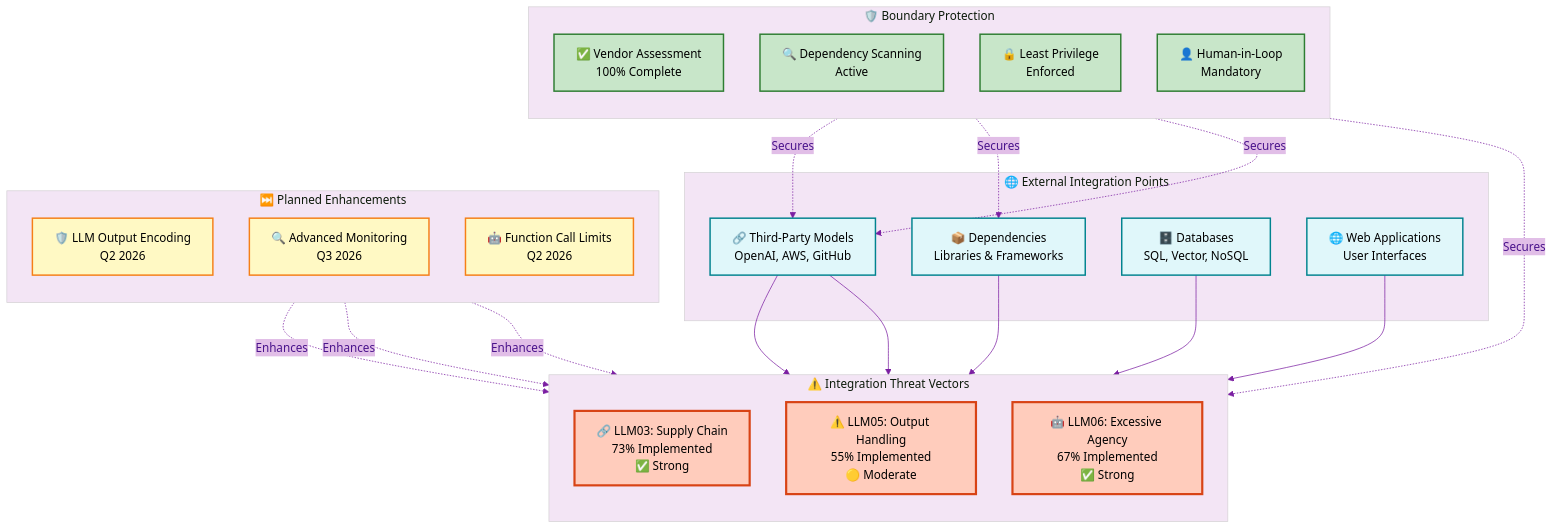
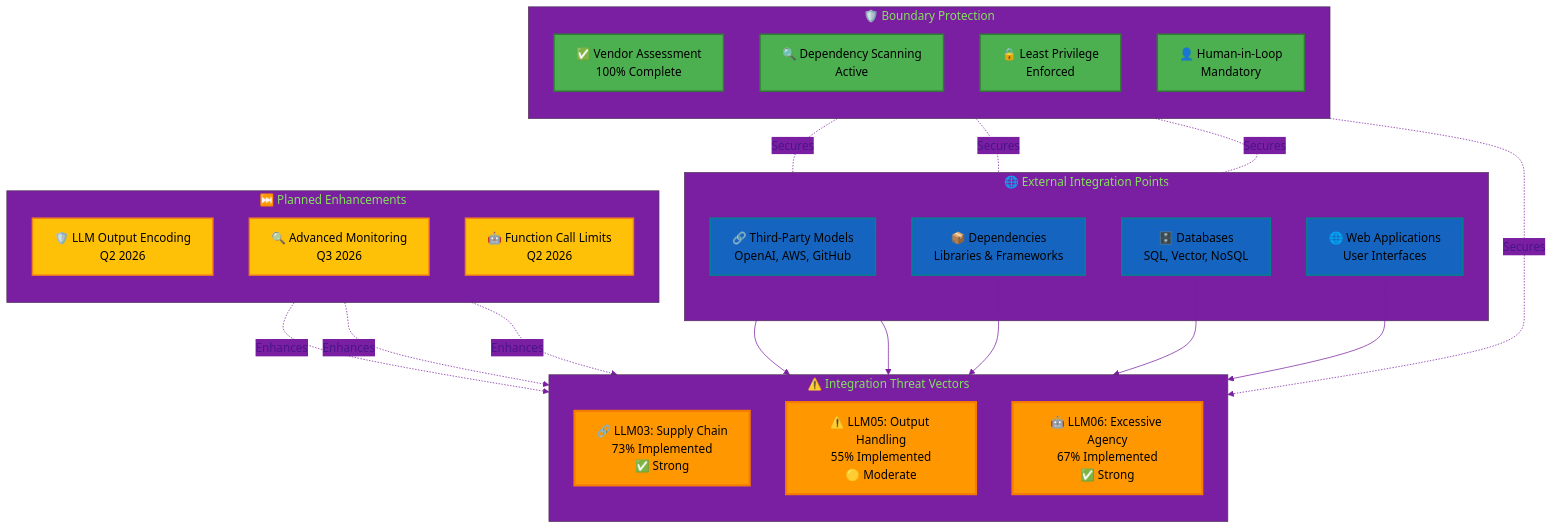
Before and after one commit to Hack23/ISMS-PUBLIC: the ninth of 15 diagrams in OWASP_LLM_Security_Policy.md, drawn with Mermaid. The commit also changed other lines of this file and 35 other files, not shown here.

````diff
--- a/OWASP_LLM_Security_Policy.md
+++ b/OWASP_LLM_Security_Policy.md
@@ -869,68 +869,68 @@
 ```mermaid
 %%{
   init: {
     'theme': 'base',
     'themeVariables': {
-      'primaryColor': '#f3e5f5',
+      'primaryColor': '#7B1FA2',
       'primaryTextColor': '#4a148c',
       'lineColor': '#7b1fa2',
-      'secondaryColor': '#e1bee7',
-      'tertiaryColor': '#f3e5f5'
+      'secondaryColor': '#7B1FA2',
+      'tertiaryColor': '#7B1FA2'
     }
   }
 }%%
 graph TD
     subgraph EXTERNAL["🌐 External Integration Points"]
         E1[🔗 Third-Party Models<br/>OpenAI, AWS, GitHub]
         E2[📦 Dependencies<br/>Libraries & Frameworks]
         E3[🗄️ Databases<br/>SQL, Vector, NoSQL]
         E4[🌐 Web Applications<br/>User Interfaces]
     end
     
     subgraph THREATS["⚠️ Integration Threat Vectors"]
         direction TB
         T1[🔗 LLM03: Supply Chain<br/>73% Implemented<br/>✅ Strong]
         T2[⚠️ LLM05: Output Handling<br/>55% Implemented<br/>🟡 Moderate]
         T3[🤖 LLM06: Excessive Agency<br/>67% Implemented<br/>✅ Strong]
     end
     
     subgraph BOUNDARIES["🛡️ Boundary Protection"]
         direction TB
         B1[✅ Vendor Assessment<br/>100% Complete]
         B2[🔍 Dependency Scanning<br/>Active]
         B3[🔒 Least Privilege<br/>Enforced]
         B4[👤 Human-in-Loop<br/>Mandatory]
     end
     
     subgraph GAPS["⏭️ Planned Enhancements"]
         direction TB
         G1[🛡️ LLM Output Encoding<br/>Q2 2026]
         G2[🔍 Advanced Monitoring<br/>Q3 2026]
         G3[🤖 Function Call Limits<br/>Q2 2026]
     end
     
     E1 --> T1
     E2 --> T1
     E3 --> T2
     E4 --> T2
     E1 --> T3
     
     B1 -.Secures.-> E1
     B2 -.Secures.-> E2
     B3 -.Secures.-> E1
     B4 -.Secures.-> T3
     
     G1 -.Enhances.-> T2
     G2 -.Enhances.-> T1
     G3 -.Enhances.-> T3
     
-    classDef external fill:#e0f7fa,stroke:#00838f,stroke-width:2px,color:#000000
-    classDef threats fill:#ffccbc,stroke:#d84315,stroke-width:3px,color:#000000
-    classDef boundaries fill:#c8e6c9,stroke:#2e7d32,stroke-width:2px,color:#000000
-    classDef gaps fill:#fff9c4,stroke:#f57f17,stroke-width:2px,color:#000000
+    classDef external fill:#1565C0,stroke:#00838f,stroke-width:2px,color:#000000
+    classDef threats fill:#FF9800,stroke:#F57C00,stroke-width:3px,color:#000000
+    classDef boundaries fill:#4CAF50,stroke:#2e7d32,stroke-width:2px,color:#000000
+    classDef gaps fill:#FFC107,stroke:#f57f17,stroke-width:2px,color:#000000
     
     class E1,E2,E3,E4 external
     class T1,T2,T3 threats
     class B1,B2,B3,B4 boundaries
     class G1,G2,G3 gaps
 ```
````
